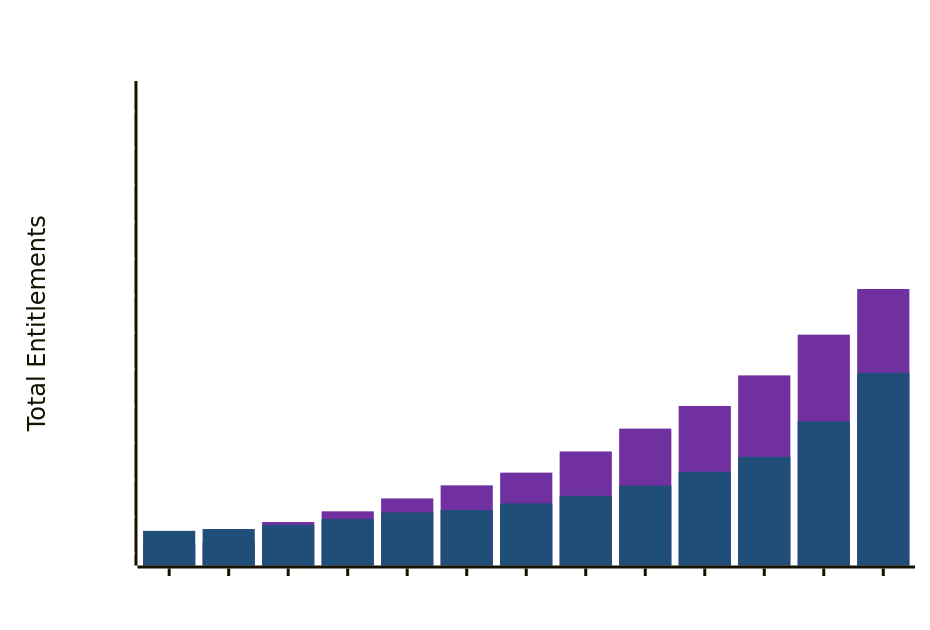
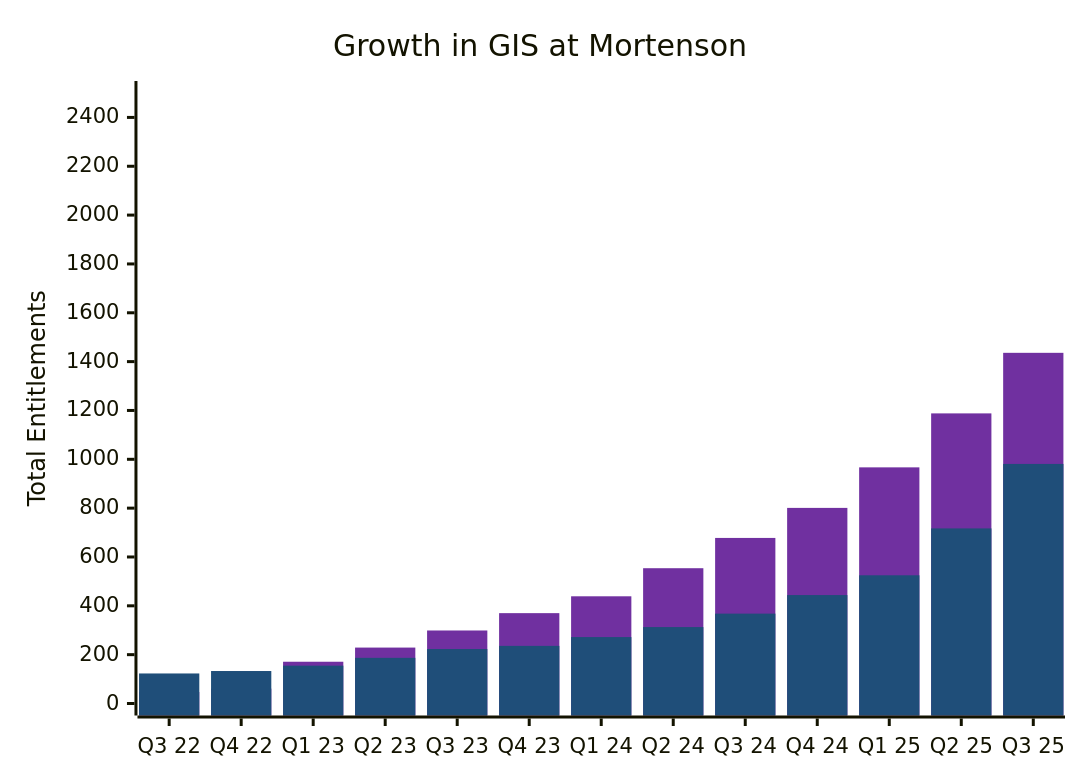
The diagram in src/index.md (VFRoderick/profile), drawn with Mermaid before and after one commit.

Commit message:
updated mermaid again

````diff
--- a/src/index.md
+++ b/src/index.md
@@ -42,23 +42,16 @@
 ```mermaid
 ---
 config:
-  xyChart:
-    width: 600
-    height: 400
   themeVariables:
     xyChart:
       plotColorPalette: "#7030a0, #1f4e79"
-      xAxisLabelColor: "#FFFFFF"
-      yAxisLabelColor: "#FFFFFF"
-      yAxisTickColor: "#FFFFFF"
-      titleColor: "#FFFFFF"
 ---
-xychart-beta
+xychart
     title "Growth in GIS at Mortenson"
     x-axis ["Q3 22", "Q4 22", "Q1 23", "Q2 23", "Q3 23", "Q4 23", "Q1 24", "Q2 24", "Q3 24", "Q4 24", "Q1 25", "Q2 25", "Q3 25"]
     y-axis "Total Entitlements" 0 --> 2500
-    %% Enterprise Entitlements (Purple - matches first color in palette)
+    %% Enterprise Entitlements (Purple)
     bar [47, 61, 171, 229, 299, 370, 439, 554, 678, 801, 967, 1188, 1436]
-    %% AGOL Entitlements (Blue - matches second color in palette)
+    %% AGOL Entitlements (Blue)
     bar [123, 133, 155, 187, 223, 236, 272, 313, 368, 444, 525, 717, 981]
 ```
````
